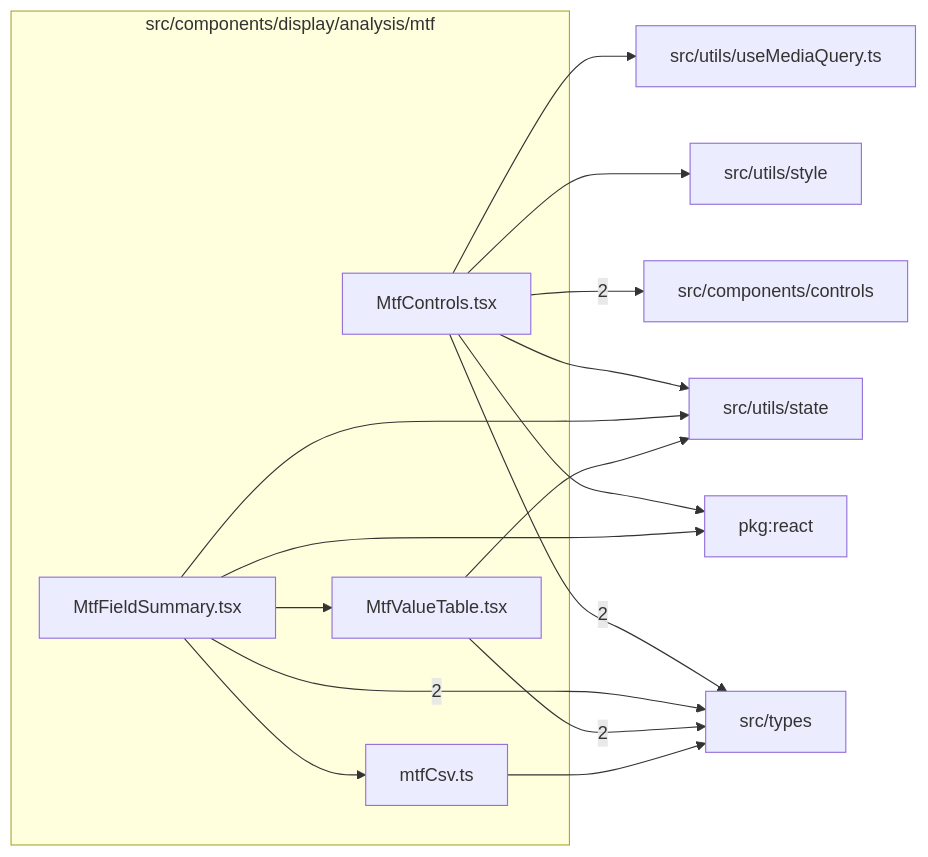
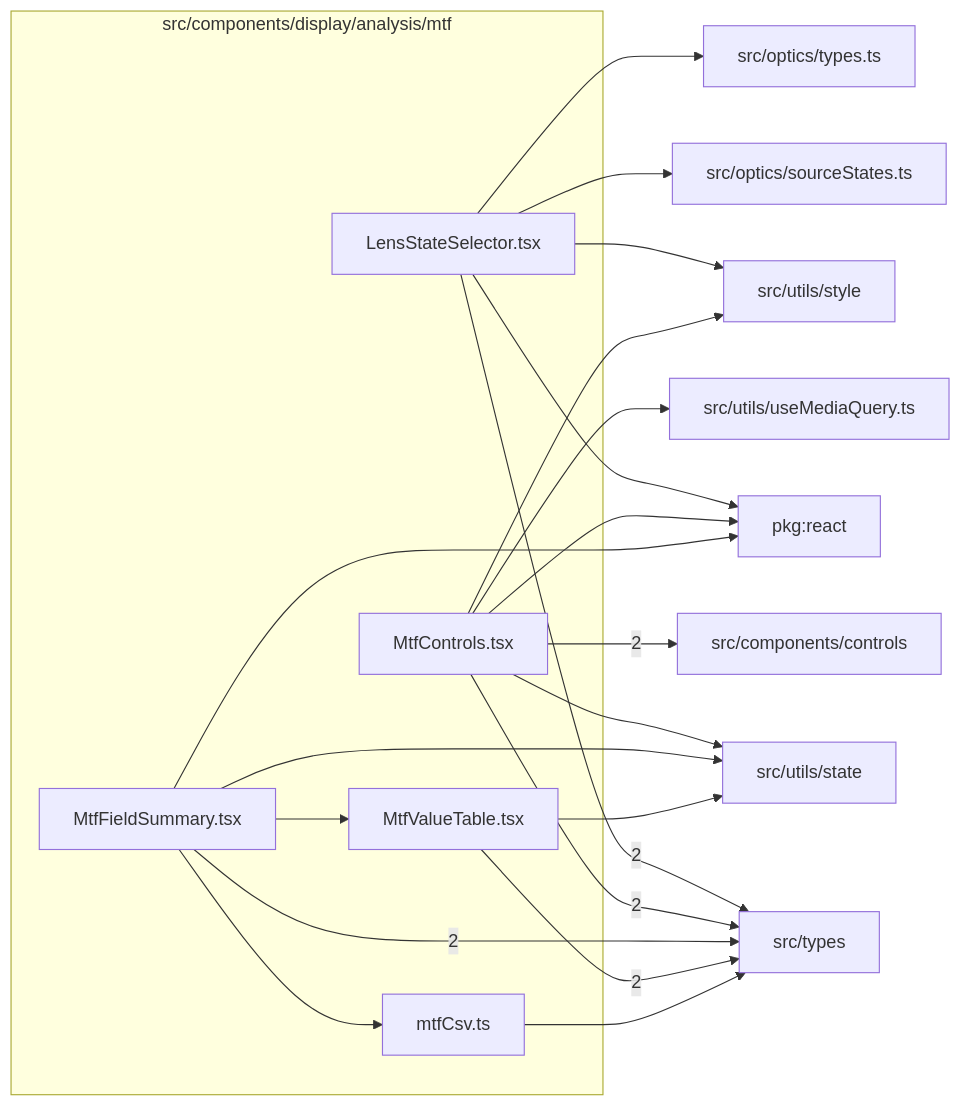
The diagram in src/components/display/analysis/mtf/readme.md (ronbuening/LensVisualizer), drawn with Mermaid before and after one commit. The commit also changed other lines of this file and 13 other files, not shown here.

Commit message:
feat: expose verified lens states above MTF controls

````diff
--- a/src/components/display/analysis/mtf/readme.md
+++ b/src/components/display/analysis/mtf/readme.md
@@ -9,29 +9,37 @@
 ```mermaid
 flowchart LR
   subgraph n_src_components_display_analysis_mtf["src/components/display/analysis/mtf"]
+    n_src_components_display_analysis_mtf_src_components_display_analysis_mtf_LensStateSelector_tsx["LensStateSelector.tsx"]
     n_src_components_display_analysis_mtf_src_components_display_analysis_mtf_MtfControls_tsx["MtfControls.tsx"]
     n_src_components_display_analysis_mtf_src_components_display_analysis_mtf_mtfCsv_ts["mtfCsv.ts"]
     n_src_components_display_analysis_mtf_src_components_display_analysis_mtf_MtfFieldSummary_tsx["MtfFieldSummary.tsx"]
     n_src_components_display_analysis_mtf_src_components_display_analysis_mtf_MtfValueTable_tsx["MtfValueTable.tsx"]
   end
   n_external_src_components_controls["src/components/controls"]
   n_external_src_types["src/types"]
   n_external_pkg_react["pkg:react"]
+  n_external_src_optics_sourceStates_ts["src/optics/sourceStates.ts"]
+  n_external_src_optics_types_ts["src/optics/types.ts"]
   n_external_src_utils_state["src/utils/state"]
   n_external_src_utils_style["src/utils/style"]
   n_external_src_utils_useMediaQuery_ts["src/utils/useMediaQuery.ts"]
   n_src_components_display_analysis_mtf_src_components_display_analysis_mtf_MtfControls_tsx --> |2| n_external_src_components_controls
+  n_src_components_display_analysis_mtf_src_components_display_analysis_mtf_LensStateSelector_tsx --> |2| n_external_src_types
   n_src_components_display_analysis_mtf_src_components_display_analysis_mtf_MtfControls_tsx --> |2| n_external_src_types
   n_src_components_display_analysis_mtf_src_components_display_analysis_mtf_MtfFieldSummary_tsx --> |2| n_external_src_types
   n_src_components_display_analysis_mtf_src_components_display_analysis_mtf_MtfValueTable_tsx --> |2| n_external_src_types
+  n_src_components_display_analysis_mtf_src_components_display_analysis_mtf_LensStateSelector_tsx --> n_external_pkg_react
   n_src_components_display_analysis_mtf_src_components_display_analysis_mtf_MtfControls_tsx --> n_external_pkg_react
   n_src_components_display_analysis_mtf_src_components_display_analysis_mtf_MtfFieldSummary_tsx --> n_external_pkg_react
+  n_src_components_display_analysis_mtf_src_components_display_analysis_mtf_LensStateSelector_tsx --> n_external_src_optics_sourceStates_ts
+  n_src_components_display_analysis_mtf_src_components_display_analysis_mtf_LensStateSelector_tsx --> n_external_src_optics_types_ts
   n_src_components_display_analysis_mtf_src_components_display_analysis_mtf_mtfCsv_ts --> n_external_src_types
   n_src_components_display_analysis_mtf_src_components_display_analysis_mtf_MtfControls_tsx --> n_external_src_utils_state
   n_src_components_display_analysis_mtf_src_components_display_analysis_mtf_MtfFieldSummary_tsx --> n_external_src_utils_state
   n_src_components_display_analysis_mtf_src_components_display_analysis_mtf_MtfValueTable_tsx --> n_external_src_utils_state
+  n_src_components_display_analysis_mtf_src_components_display_analysis_mtf_LensStateSelector_tsx --> n_external_src_utils_style
   n_src_components_display_analysis_mtf_src_components_display_analysis_mtf_MtfControls_tsx --> n_external_src_utils_style
   n_src_components_display_analysis_mtf_src_components_display_analysis_mtf_MtfControls_tsx --> n_external_src_utils_useMediaQuery_ts
   n_src_components_display_analysis_mtf_src_components_display_analysis_mtf_MtfFieldSummary_tsx --> n_src_components_display_analysis_mtf_src_components_display_analysis_mtf_mtfCsv_ts
   n_src_components_display_analysis_mtf_src_components_display_analysis_mtf_MtfFieldSummary_tsx --> n_src_components_display_analysis_mtf_src_components_display_analysis_mtf_MtfValueTable_tsx
 ```
````
